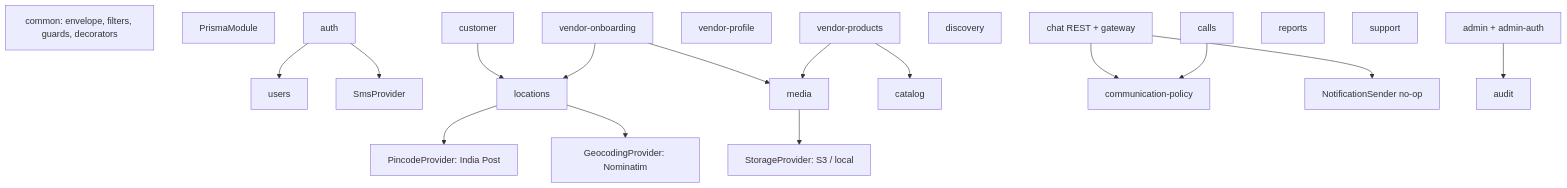
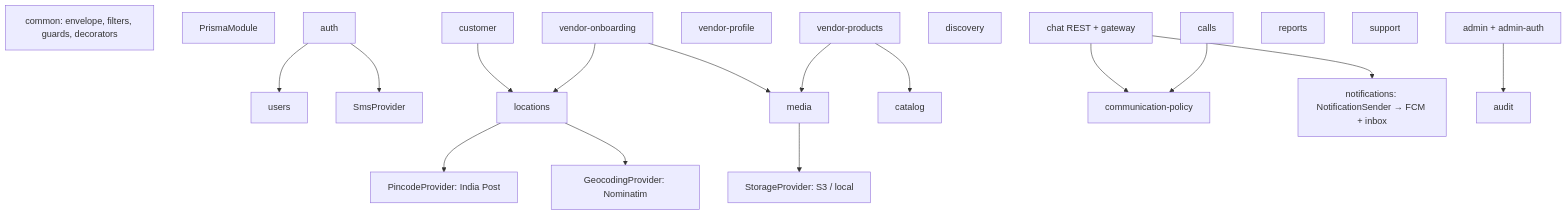
Before and after one commit to arvind3690/milkore_backend: the second of 6 diagrams in docs/ARCHITECTURE.md, drawn with Mermaid. The commit also changed other lines of this file and 35 other files, not shown here.

First line of the commit message:
feat: push notifications (FCM), inbox, preferences and admin campaigns

````diff
--- a/docs/ARCHITECTURE.md
+++ b/docs/ARCHITECTURE.md
@@ -33,21 +33,21 @@
 ```mermaid
 flowchart TB
   common[common: envelope, filters, guards, decorators]
   prisma[PrismaModule]
   auth[auth] --> users[users]
   auth --> sms[SmsProvider]
   locations[locations] --> pin[PincodeProvider: India Post] & geo[GeocodingProvider: Nominatim]
   customer[customer] --> locations
   media[media] --> storage[StorageProvider: S3 / local]
   onboarding[vendor-onboarding] --> media & locations
   vprofile[vendor-profile]
   catalog[catalog]
   vproducts[vendor-products] --> catalog & media
   discovery[discovery]
   policy[communication-policy]
-  chat[chat REST + gateway] --> policy & notif[NotificationSender no-op]
+  chat[chat REST + gateway] --> policy & notif[notifications: NotificationSender → FCM + inbox]
   calls[calls] --> policy
   reports[reports]
   support[support]
   admin[admin + admin-auth] --> audit[audit]
 ```
````
